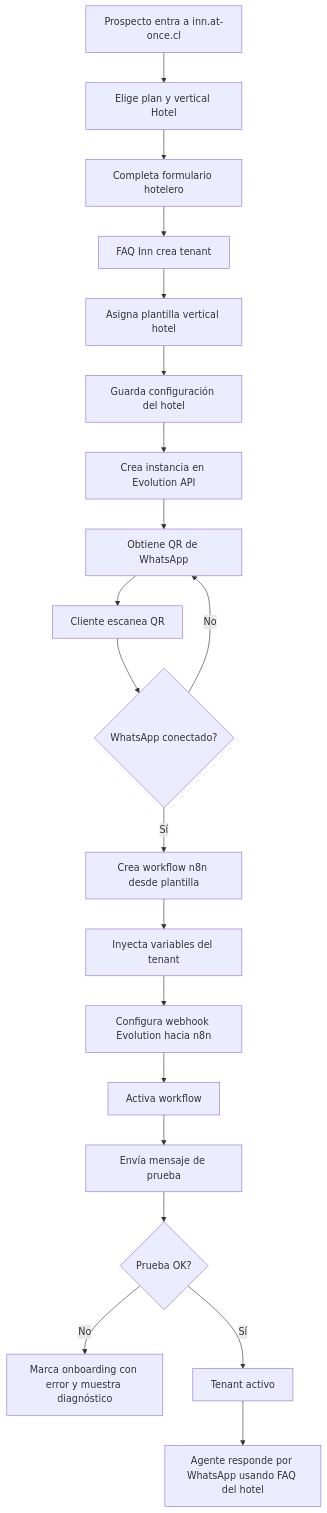
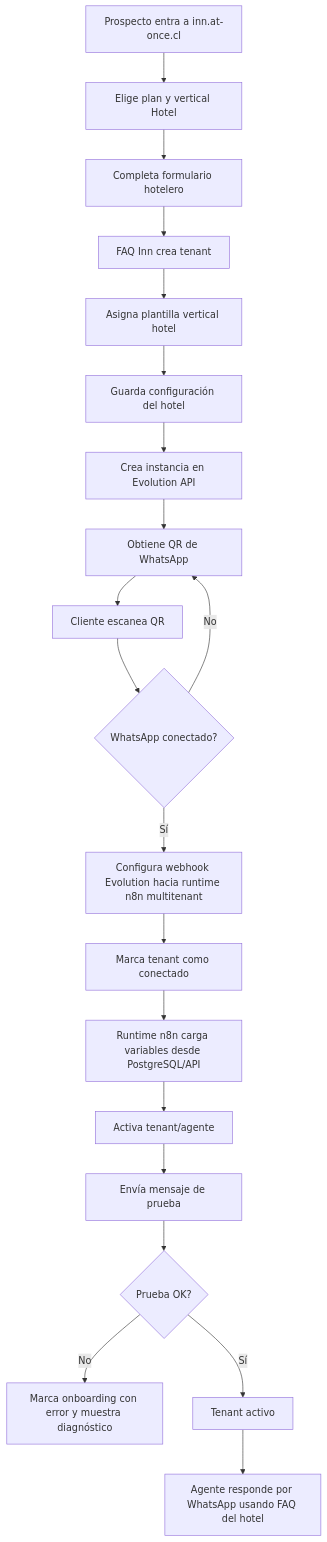
Before and after one commit to mcandiav/faq-inn: the diagram in README.md, drawn with Mermaid. The commit also changed other lines of this file and 22 other files, not shown here.

Commit message:
[V1.2@0f88a85] feat: MVP provision Evolution API registro QR y polling

````diff
--- a/README.md
+++ b/README.md
@@ -128,22 +184,22 @@
 ```mermaid
 flowchart TB
   A[Prospecto entra a inn.at-once.cl] --> B[Elige plan y vertical Hotel]
   B --> C[Completa formulario hotelero]
   C --> D[FAQ Inn crea tenant]
   D --> E[Asigna plantilla vertical hotel]
   E --> F[Guarda configuración del hotel]
   F --> G[Crea instancia en Evolution API]
   G --> H[Obtiene QR de WhatsApp]
   H --> I[Cliente escanea QR]
   I --> J{WhatsApp conectado?}
   J -- No --> H
-  J -- Sí --> K[Crea workflow n8n desde plantilla]
-  K --> L[Inyecta variables del tenant]
-  L --> M[Configura webhook Evolution hacia n8n]
-  M --> N[Activa workflow]
+  J -- Sí --> K[Configura webhook Evolution hacia runtime n8n multitenant]
+  K --> L[Marca tenant como conectado]
+  L --> M[Runtime n8n carga variables desde PostgreSQL/API]
+  M --> N[Activa tenant/agente]
   N --> O[Envía mensaje de prueba]
   O --> P{Prueba OK?}
   P -- No --> Q[Marca onboarding con error y muestra diagnóstico]
   P -- Sí --> R[Tenant activo]
   R --> S[Agente responde por WhatsApp usando FAQ del hotel]
 ```
````
